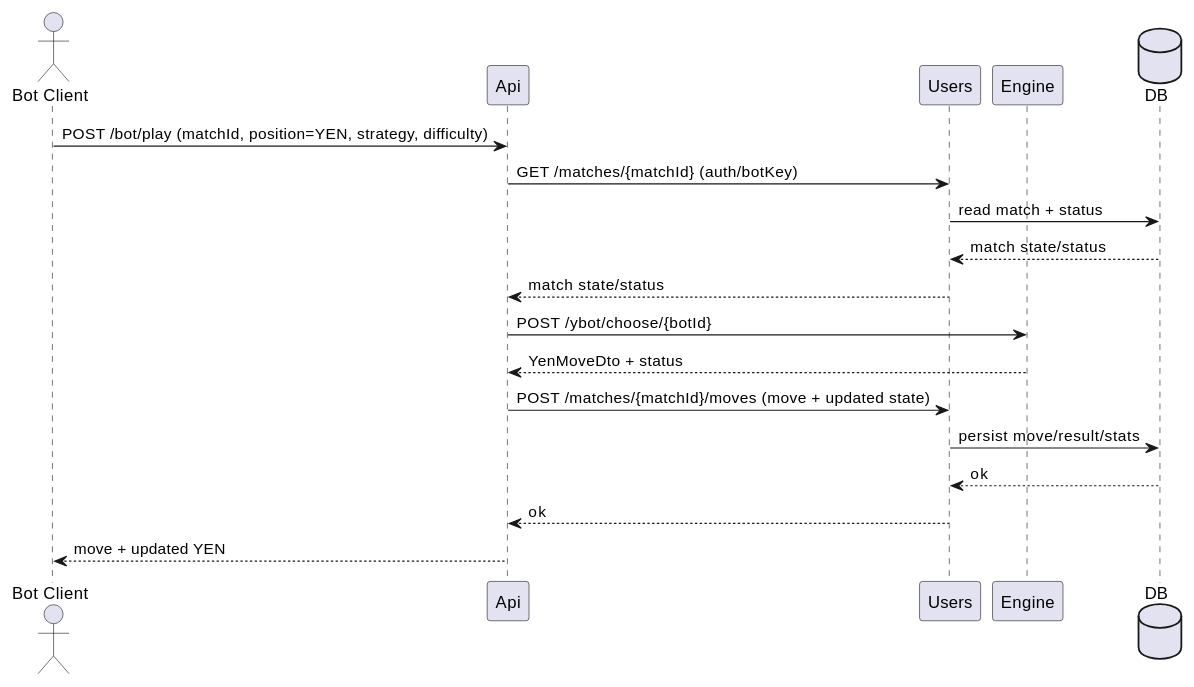
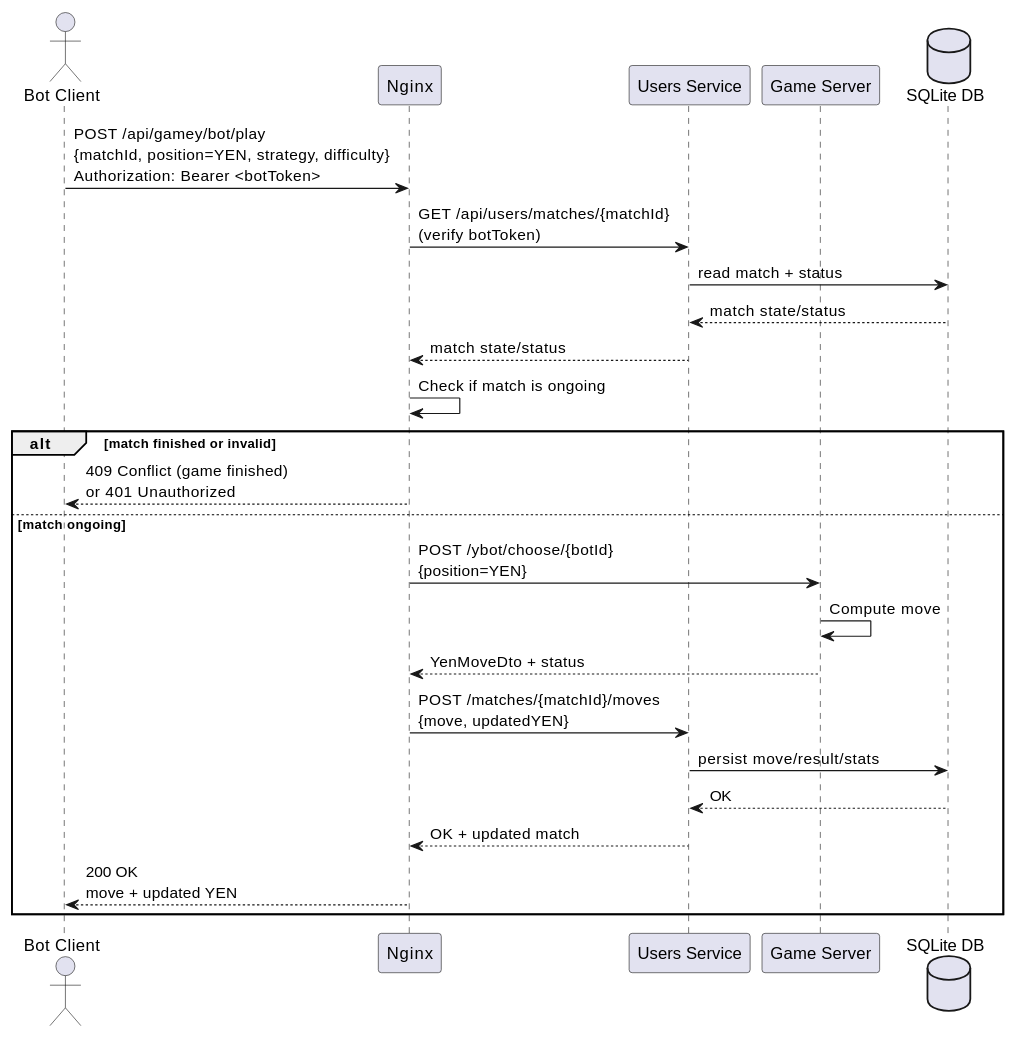
One commit to Arquisoft/yovi_es1c changed the fifth of 6 diagrams in docs/src/06_runtime_view.adoc. Above: the diagram before and after it, drawn with PlantUML. The commit also changed other lines of this file and 9 other files, not shown here.

```diff
--- a/docs/src/06_runtime_view.adoc
+++ b/docs/src/06_runtime_view.adoc
@@ -131,25 +163,34 @@
 [plantuml, "runtime-bot-api", png]
 ----
 actor "Bot Client" as Bot
-participant Api
-participant Users
-participant Engine
-database DB
+participant "Nginx" as Nginx
+participant "Users Service" as Users
+participant "Game Server" as Engine
+database "SQLite DB" as DB
 
-Bot -> Api: POST /bot/play (matchId, position=YEN, strategy, difficulty)
+Bot -> Nginx: POST /api/gamey/bot/play\n{matchId, position=YEN, strategy, difficulty}\nAuthorization: Bearer <botToken>
 
-Api -> Users: GET /matches/{matchId} (auth/botKey)
+' 1) Verify bot credentials and get match state
+Nginx -> Users: GET /api/users/matches/{matchId}\n(verify botToken)
 Users -> DB: read match + status
 DB --> Users: match state/status
-Users --> Api: match state/status
+Users --> Nginx: match state/status
+Nginx -> Nginx: Check if match is ongoing
 
-Api -> Engine: POST /ybot/choose/{botId}
-Engine --> Api: YenMoveDto + status
+alt match finished or invalid
+  Nginx --> Bot: 409 Conflict (game finished)\nor 401 Unauthorized
+else match ongoing
+  ' 2) Compute bot move
+  Nginx -> Engine: POST /ybot/choose/{botId}\n{position=YEN}
+  Engine -> Engine: Compute move
+  Engine --> Nginx: YenMoveDto + status
 
-Api -> Users: POST /matches/{matchId}/moves (move + updated state)
-Users -> DB: persist move/result/stats
-DB --> Users: ok
-Users --> Api: ok
+  ' 3) Persist result
+  Nginx -> Users: POST /matches/{matchId}/moves\n{move, updatedYEN}
+  Users -> DB: persist move/result/stats
+  DB --> Users: OK
+  Users --> Nginx: OK + updated match
 
-Api --> Bot: move + updated YEN
+  Nginx --> Bot: 200 OK\nmove + updated YEN
+end
 ----
```
